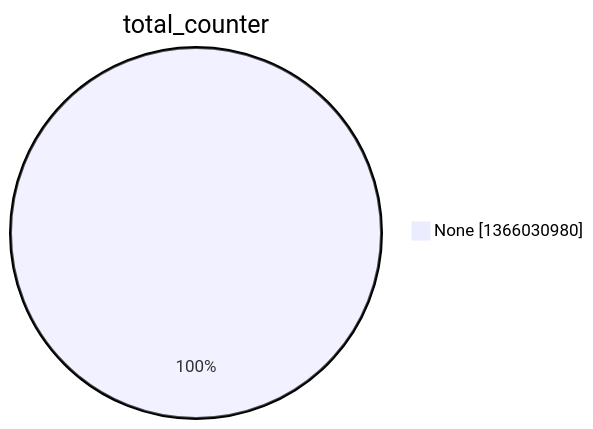
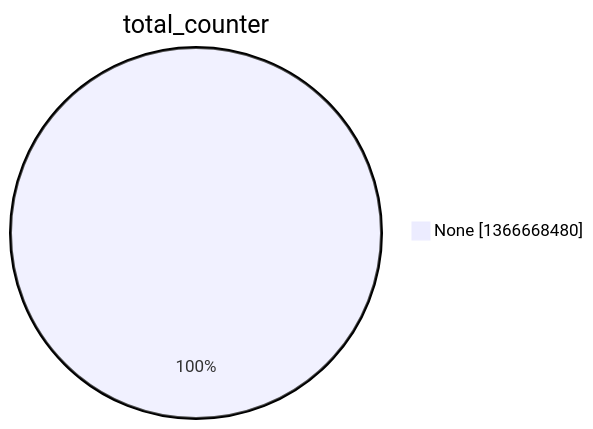
The second of 15 diagrams in argon2022/README.md (christiankrug/ctmonitor_visualization), drawn with Mermaid before and after one commit. The commit also changed other lines of this file, not shown here.

````diff
--- a/argon2022/README.md
+++ b/argon2022/README.md
@@ -9,5 +9,5 @@
 ```mermaid
 pie showData
 title total_counter
-"None" :1366030980
+"None" :1366668480
 ```
````
